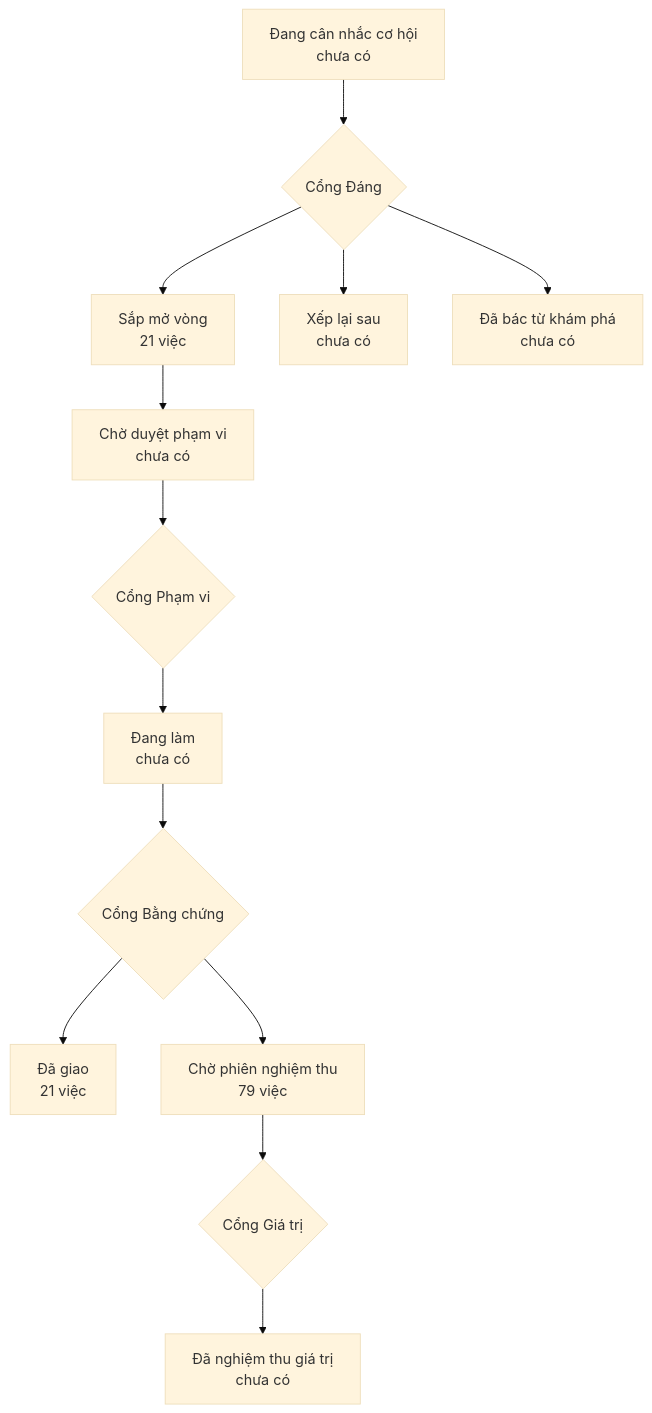
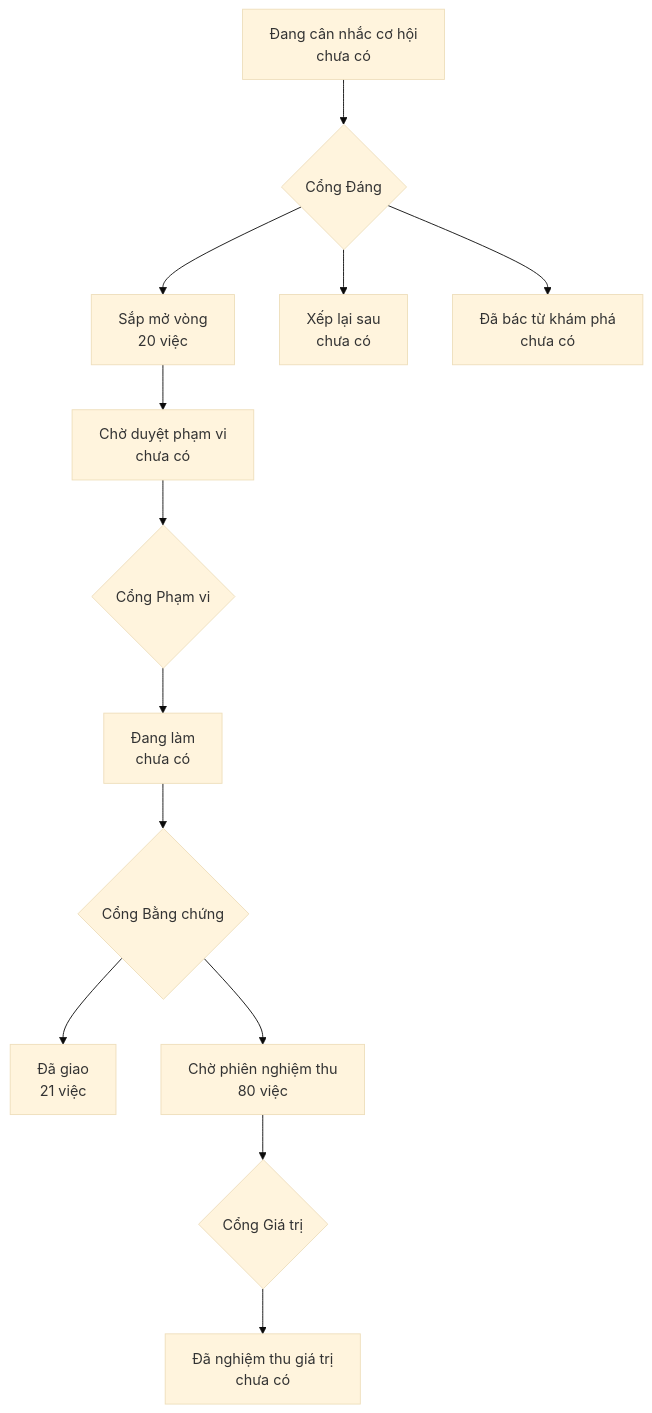
The diagram in PRODUCT-MAP.md (phanlemanh/onehub-quy-hang), drawn with Mermaid (base theme) before and after one commit. The commit also changed 4 other files, not shown here.

````diff
--- a/PRODUCT-MAP.md
+++ b/PRODUCT-MAP.md
@@ -7,12 +7,12 @@
 ```mermaid
 flowchart TD
   A["Đang cân nhắc cơ hội<br/>chưa có"] --> GD{"Cổng Đáng"}
-  GD --> B["Sắp mở vòng<br/>21 việc"]
+  GD --> B["Sắp mở vòng<br/>20 việc"]
   GD --> XL["Xếp lại sau<br/>chưa có"]
   GD --> DB["Đã bác từ khám phá<br/>chưa có"]
   B --> CD["Chờ duyệt phạm vi<br/>chưa có"] --> GP{"Cổng Phạm vi"}
   GP --> DL["Đang làm<br/>chưa có"] --> GB{"Cổng Bằng chứng"}
   GB --> DG["Đã giao<br/>21 việc"]
-  GB --> CN["Chờ phiên nghiệm thu<br/>79 việc"] --> GG{"Cổng Giá trị"}
+  GB --> CN["Chờ phiên nghiệm thu<br/>80 việc"] --> GG{"Cổng Giá trị"}
   GG --> NT["Đã nghiệm thu giá trị<br/>chưa có"]
 ```
````
